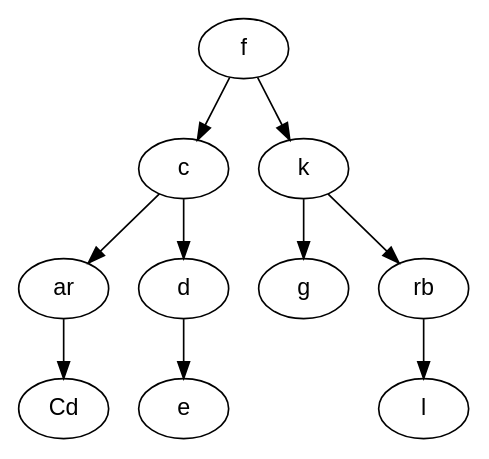
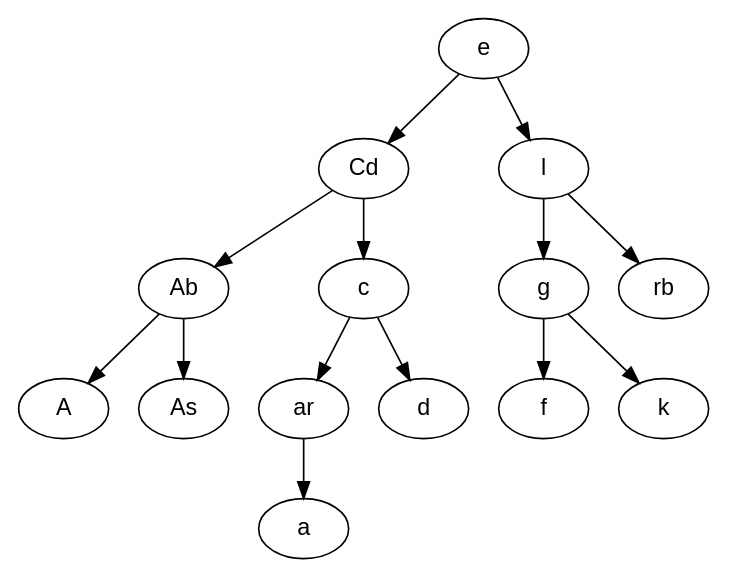
The diagram in lab_07/misc/images/word_tree_balanced.dot (DeadCool23/TaDS), drawn with Graphviz before and after one commit. The commit also changed 5 other files, not shown here.

```diff
--- a/lab_07/misc/images/word_tree_balanced.dot
+++ b/lab_07/misc/images/word_tree_balanced.dot
@@ -1,22 +1,30 @@
 digraph balanced_word_tree {
   node [fontname="Arial"];
-  "f" [label="f"];
+  "e" [label="e"];
+  "Cd" [label="Cd"];
+  "Ab" [label="Ab"];
+  "A" [label="A"];
+  "As" [label="As"];
   "c" [label="c"];
   "ar" [label="ar"];
-  "Cd" [label="Cd"];
+  "a" [label="a"];
   "d" [label="d"];
-  "e" [label="e"];
+  "l" [label="l"];
+  "g" [label="g"];
+  "f" [label="f"];
   "k" [label="k"];
-  "g" [label="g"];
   "rb" [label="rb"];
-  "l" [label="l"];
-  "f" -> "c";
-  "f" -> "k";
+  "e" -> "Cd";
+  "e" -> "l";
+  "Cd" -> "Ab";
+  "Cd" -> "c";
+  "Ab" -> "A";
+  "Ab" -> "As";
   "c" -> "ar";
   "c" -> "d";
-  "ar" -> "Cd";
-  "d" -> "e";
-  "k" -> "g";
-  "k" -> "rb";
-  "rb" -> "l";
+  "ar" -> "a";
+  "l" -> "g";
+  "l" -> "rb";
+  "g" -> "f";
+  "g" -> "k";
 }
```
